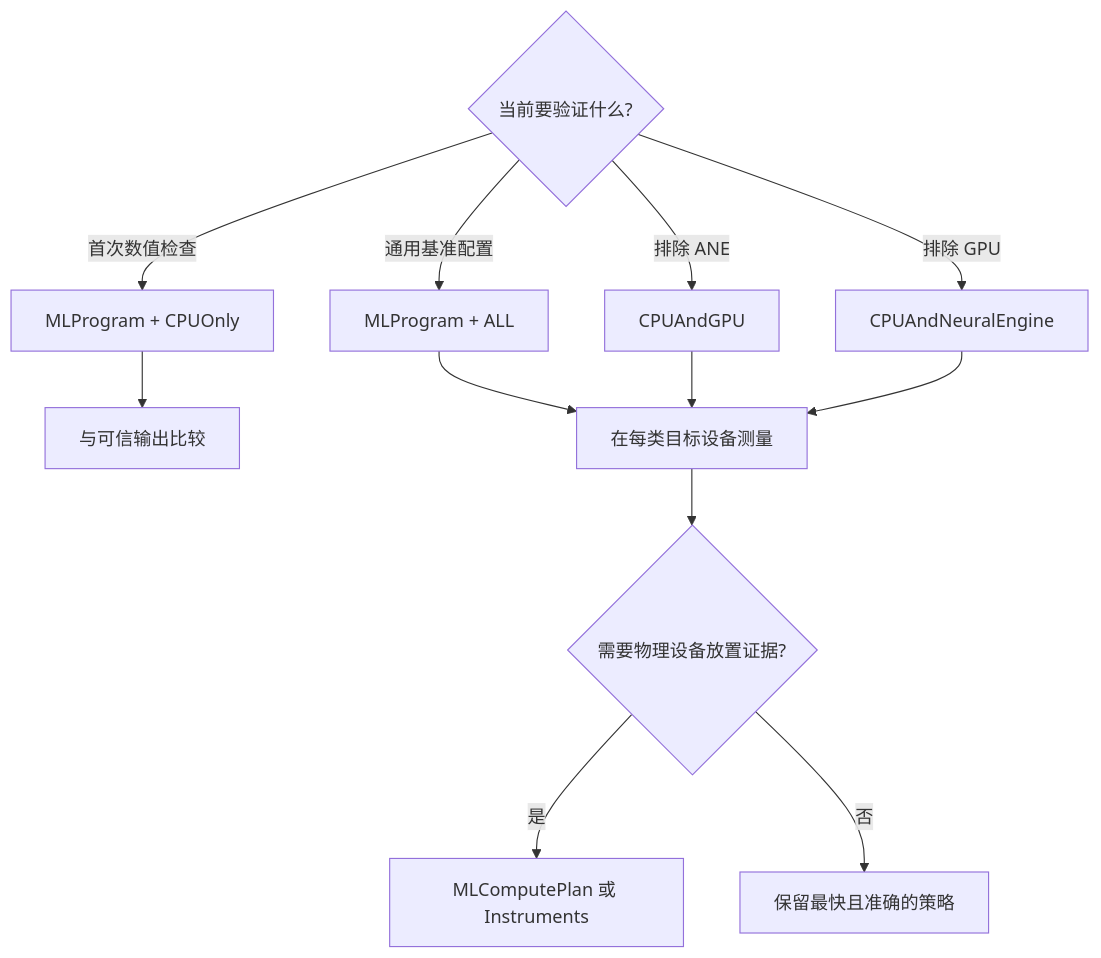
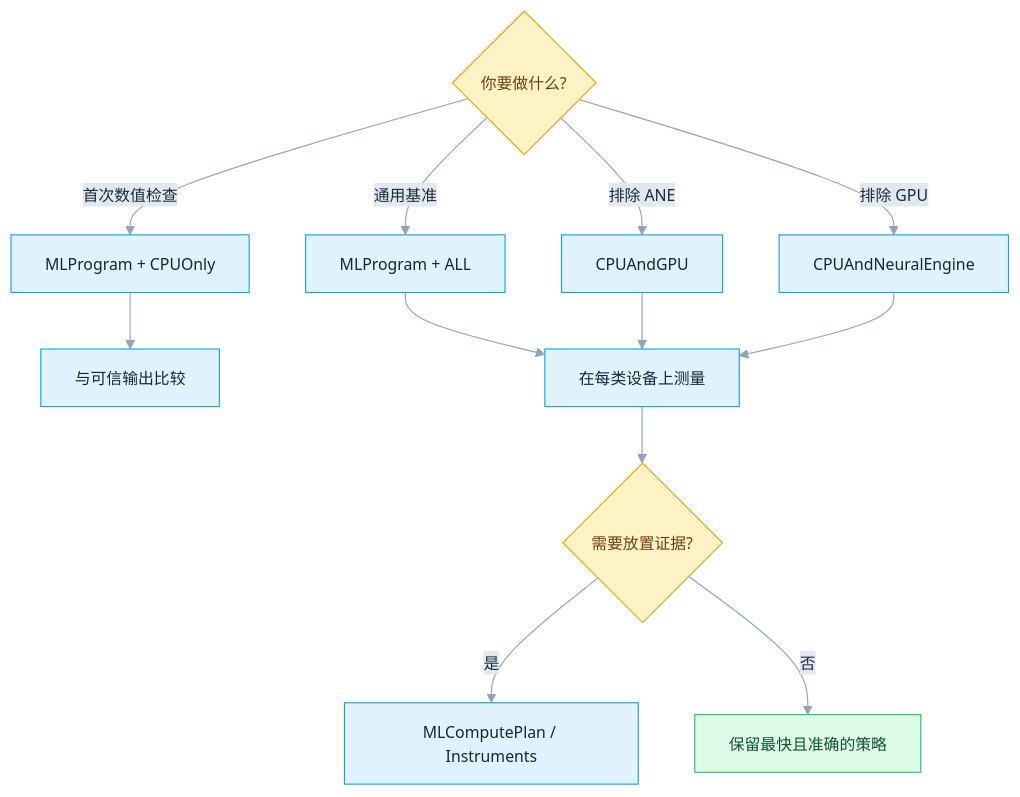
One commit to DakeQQ/Tutorial-ONNX-Runtime-Execution-Providers changed the fifth of 12 diagrams in Apple/README.zh-CN.md. Above: the diagram before and after it, drawn with Mermaid. The commit also changed other lines of this file and 15 other files, not shown here.

````diff
--- a/Apple/README.zh-CN.md
+++ b/Apple/README.zh-CN.md
@@ -169,15 +208,22 @@
 ```mermaid
+%%{init: {"theme":"base","themeVariables":{"fontSize":"14px","lineColor":"#94a3b8","edgeLabelBackground":"#e2e8f0","primaryTextColor":"#1e293b"}}}%%
 flowchart TD
-    A{当前要验证什么?}
-    A -->|首次数值检查| B[MLProgram + CPUOnly]
-    A -->|通用基准配置| C[MLProgram + ALL]
-    A -->|排除 ANE| D[CPUAndGPU]
-    A -->|排除 GPU| E[CPUAndNeuralEngine]
-    B --> F[与可信输出比较]
-    C --> G[在每类目标设备测量]
+    A{"你要做什么?"}
+    A -->|首次数值检查| B["MLProgram + CPUOnly"]
+    A -->|通用基准| C["MLProgram + ALL"]
+    A -->|排除 ANE| D["CPUAndGPU"]
+    A -->|排除 GPU| E["CPUAndNeuralEngine"]
+    B --> F["与可信输出比较"]
+    C --> G["在每类设备上测量"]
     D --> G
     E --> G
-    G --> H{需要物理设备放置证据?}
-    H -->|是| I[MLComputePlan 或 Instruments]
-    H -->|否| J[保留最快且准确的策略]
+    G --> H{"需要放置证据?"}
+    H -->|是| I["MLComputePlan / Instruments"]
+    H -->|否| J["保留最快且准确的策略"]
+    classDef step fill:#e0f2fe,stroke:#0ea5e9,color:#0c2a3d;
+    classDef dec fill:#fef3c7,stroke:#f59e0b,color:#713f12;
+    classDef good fill:#dcfce7,stroke:#22c55e,color:#14532d;
+    class B,C,D,E,F,G,I step;
+    class A,H dec;
+    class J good;
 ```
````
